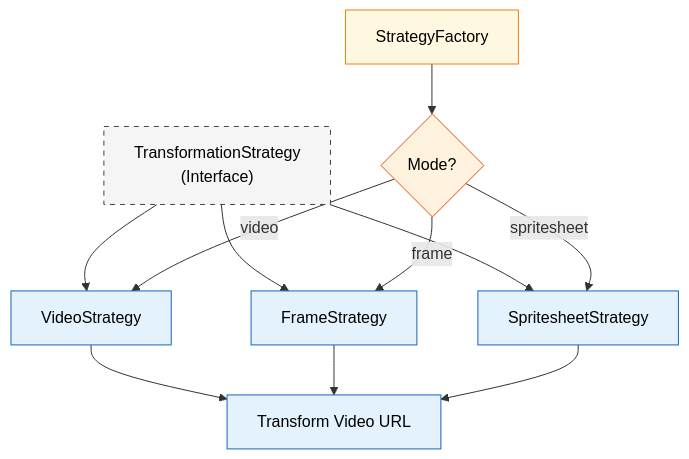
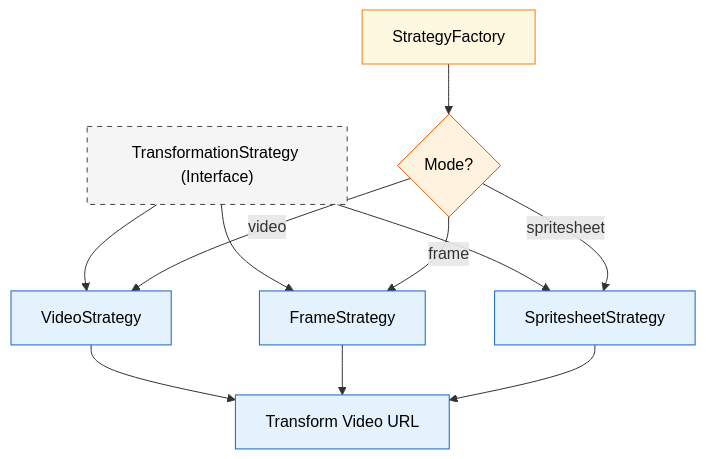
The fourth of 10 diagrams in README.md (erfianugrah/video-resizer), drawn with Mermaid before and after one commit. The commit also changed other lines of this file, not shown here.

Commit message:
update with mermaid diagrams

````diff
--- a/README.md
+++ b/README.md
@@ -129,28 +129,28 @@
 ```mermaid
 flowchart TB
     %% Define node styles with high contrast colors
     classDef interface fill:#F5F5F5,stroke:#424242,stroke-dasharray: 5 5,color:#000000;
     classDef concrete fill:#E3F2FD,stroke:#1565C0,color:#000000;
     classDef factory fill:#FFF8E1,stroke:#F57F17,color:#000000;
     classDef decision fill:#FFF3E0,stroke:#E65100,color:#000000;
-    
+
     %% Strategy hierarchy
-    A["TransformationStrategy\n(Interface)"] --> B[VideoStrategy]
+    A["TransformationStrategy (Interface)"] --> B[VideoStrategy]
     A --> C[FrameStrategy]
     A --> D[SpritesheetStrategy]
-    
+
     %% Factory
     E[StrategyFactory] --> F{Mode?}
     F -->|video| B
     F -->|frame| C
     F -->|spritesheet| D
-    
+
     %% Implementation
     B & C & D --> G[Transform Video URL]
-    
+
     %% Apply styles
     class A interface
     class B,C,D,G concrete
     class E factory
     class F decision
 ```
````
